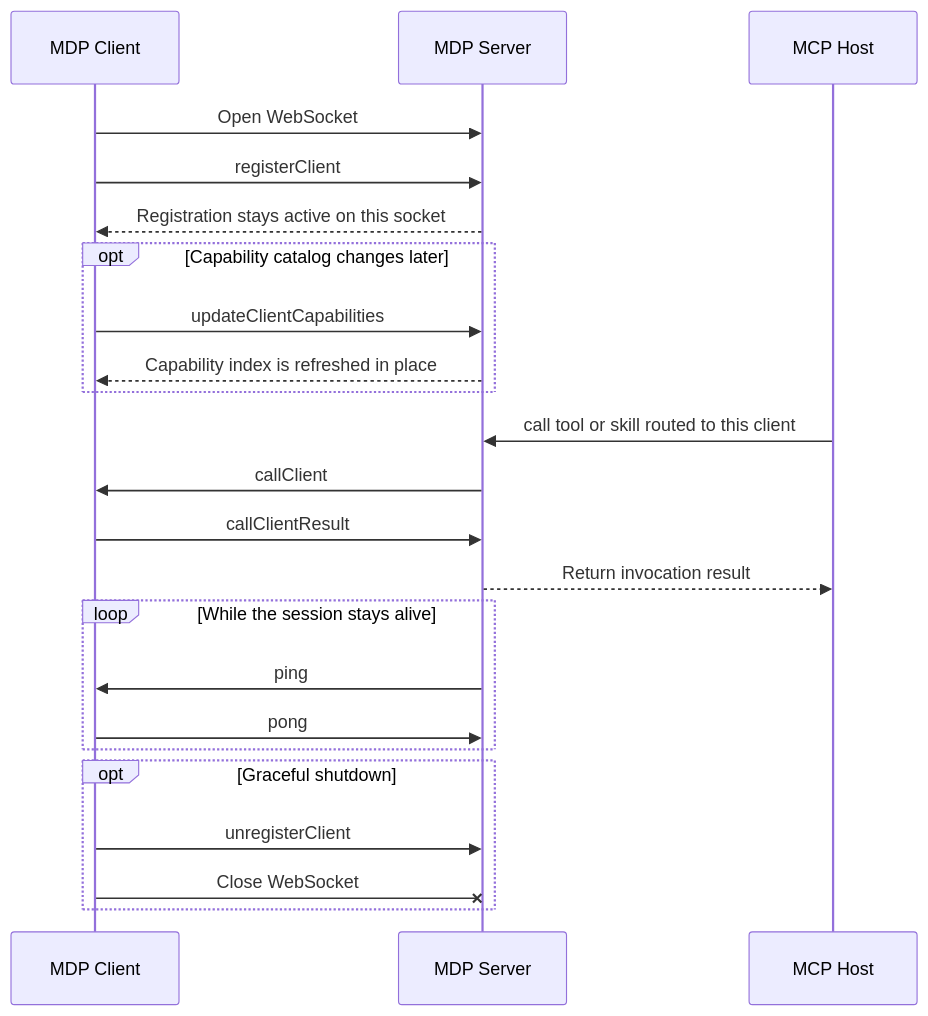
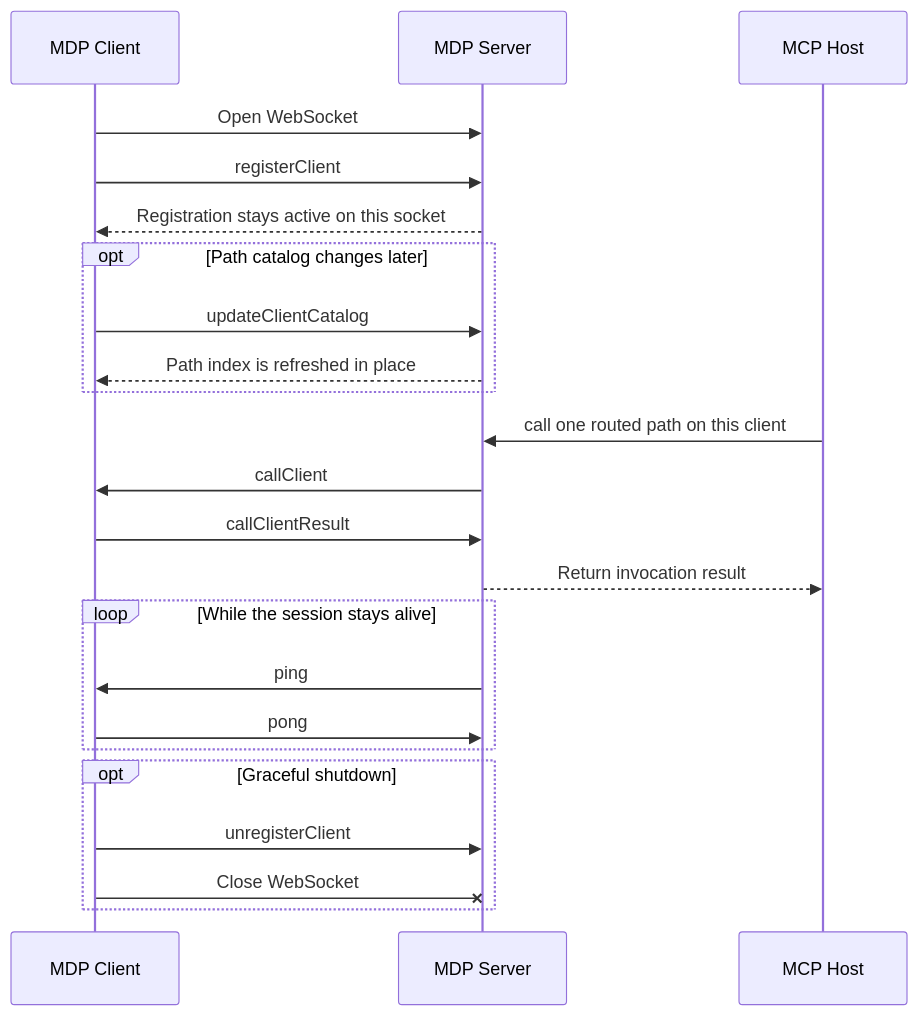
One commit to modeldriveprotocol/modeldriveprotocol changed the diagram in docs/server/api/websocket-connection.md. Above: the diagram before and after it, drawn with Mermaid. The commit also changed other lines of this file and 60 other files, not shown here.

````diff
--- a/docs/server/api/websocket-connection.md
+++ b/docs/server/api/websocket-connection.md
@@ -64,30 +64,30 @@
 ```mermaid
 sequenceDiagram
   participant Client as MDP Client
   participant Server as MDP Server
   participant Host as MCP Host
 
   Client->>Server: Open WebSocket
   Client->>Server: registerClient
   Server-->>Client: Registration stays active on this socket
 
-  opt Capability catalog changes later
-    Client->>Server: updateClientCapabilities
-    Server-->>Client: Capability index is refreshed in place
+  opt Path catalog changes later
+    Client->>Server: updateClientCatalog
+    Server-->>Client: Path index is refreshed in place
   end
 
-  Host->>Server: call tool or skill routed to this client
+  Host->>Server: call one routed path on this client
   Server->>Client: callClient
   Client->>Server: callClientResult
   Server-->>Host: Return invocation result
 
   loop While the session stays alive
     Server->>Client: ping
     Client->>Server: pong
   end
 
   opt Graceful shutdown
     Client->>Server: unregisterClient
     Client-xServer: Close WebSocket
   end
 ```
````
